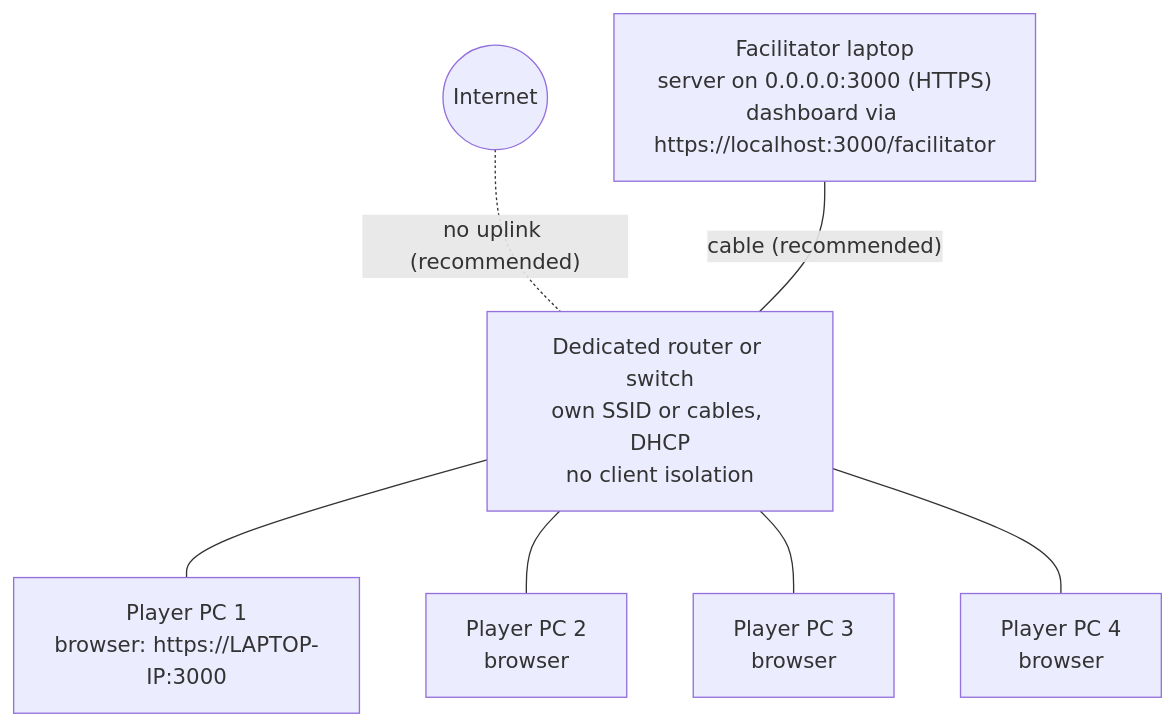
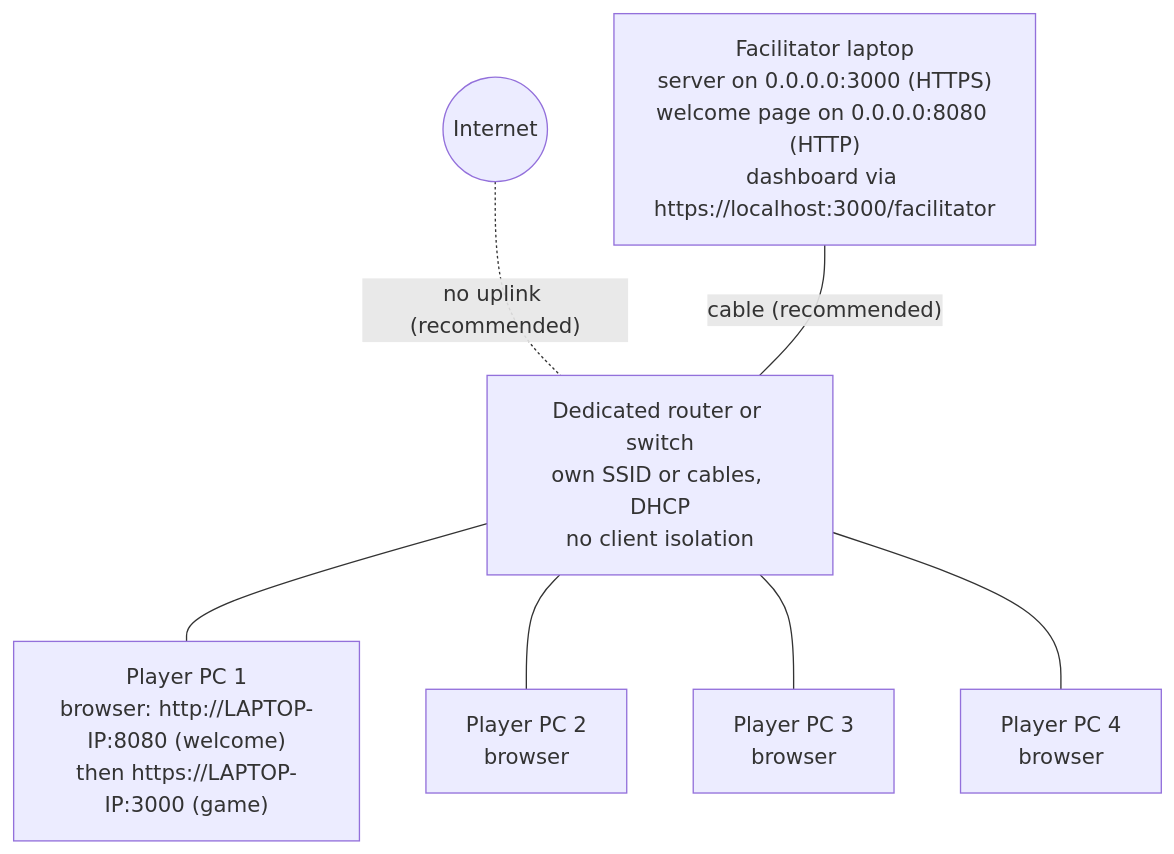
Before and after one commit to xy-zak/WhoKnowsWhoActs: the first of 9 diagrams in docs/NETWORKING.md, drawn with Mermaid. The commit also changed other lines of this file and 21 other files, not shown here.

First line of the commit message:
Docs: session startup flow (welcome page, eleven setup steps, consent sections, mic check hold until the briefing, calibration readiness); change logs

````diff
--- a/docs/NETWORKING.md
+++ b/docs/NETWORKING.md
@@ -38,16 +39,16 @@
 ```mermaid
 flowchart TB
   INET(("Internet"))
   R["Dedicated router or switch<br/>own SSID or cables, DHCP<br/>no client isolation"]
-  L["Facilitator laptop<br/>server on 0.0.0.0:3000 (HTTPS)<br/>dashboard via https://localhost:3000/facilitator"]
-  P1["Player PC 1<br/>browser: https://LAPTOP-IP:3000"]
+  L["Facilitator laptop<br/>server on 0.0.0.0:3000 (HTTPS)<br/>welcome page on 0.0.0.0:8080 (HTTP)<br/>dashboard via https://localhost:3000/facilitator"]
+  P1["Player PC 1<br/>browser: http://LAPTOP-IP:8080 (welcome)<br/>then https://LAPTOP-IP:3000 (game)"]
   P2["Player PC 2<br/>browser"]
   P3["Player PC 3<br/>browser"]
   P4["Player PC 4<br/>browser"]
   INET -.-|"no uplink (recommended)"| R
   L ---|"cable (recommended)"| R
   R --- P1
   R --- P2
   R --- P3
   R --- P4
 ```
````
